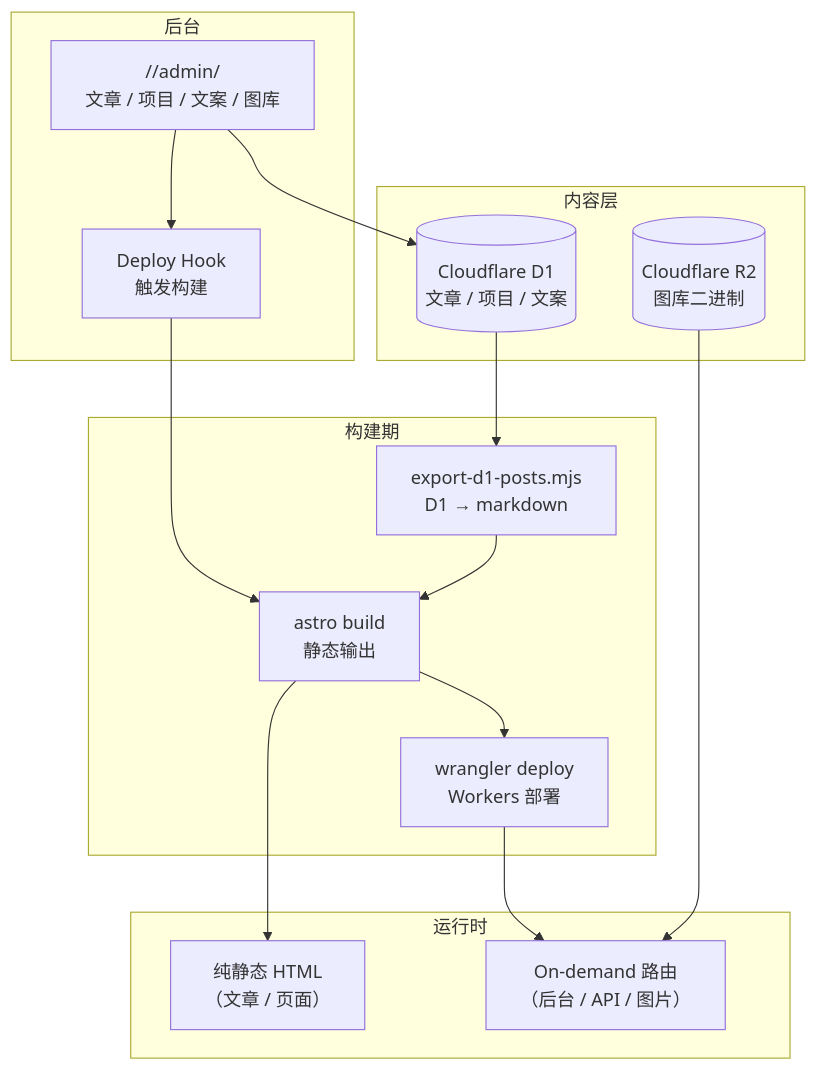
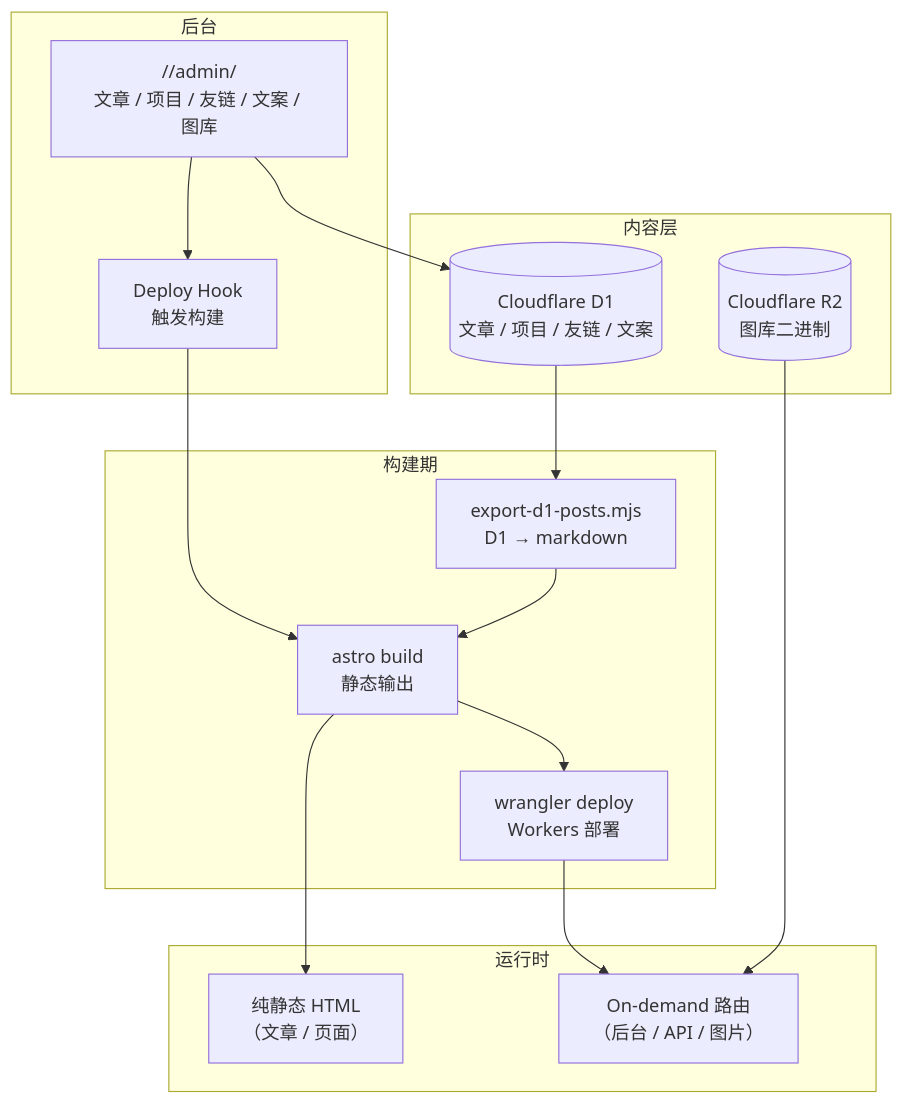
Before and after one commit to ikaraseay/meovo: the diagram in README.md, drawn with Mermaid. The commit also changed other lines of this file and 2 other files, not shown here.

````diff
--- a/README.md
+++ b/README.md
@@ -118,33 +118,33 @@
 ```mermaid
 flowchart TB
     subgraph Content["内容层"]
-        D1[("Cloudflare D1<br/>文章 / 项目 / 文案")]
+        D1[("Cloudflare D1<br/>文章 / 项目 / 友链 / 文案")]
         R2[("Cloudflare R2<br/>图库二进制")]
     end
 
     subgraph Build["构建期"]
         Export["export-d1-posts.mjs<br/>D1 → markdown"]
         Astro["astro build<br/>静态输出"]
         Worker["wrangler deploy<br/>Workers 部署"]
     end
 
     subgraph Runtime["运行时"]
         Static["纯静态 HTML<br/>（文章 / 页面）"]
         OnDemand["On-demand 路由<br/>（后台 / API / 图片）"]
     end
 
     subgraph Admin["后台"]
-        CMS["/<lang>/admin/<br/>文章 / 项目 / 文案 / 图库"]
+        CMS["/<lang>/admin/<br/>文章 / 项目 / 友链 / 文案 / 图库"]
         DeployHook["Deploy Hook<br/>触发构建"]
     end
 
     D1 --> Export
     R2 --> OnDemand
     Export --> Astro
     Astro --> Static
     Astro --> Worker
     Worker --> OnDemand
     CMS --> D1
     CMS --> DeployHook
     DeployHook --> Astro
 ```
````
